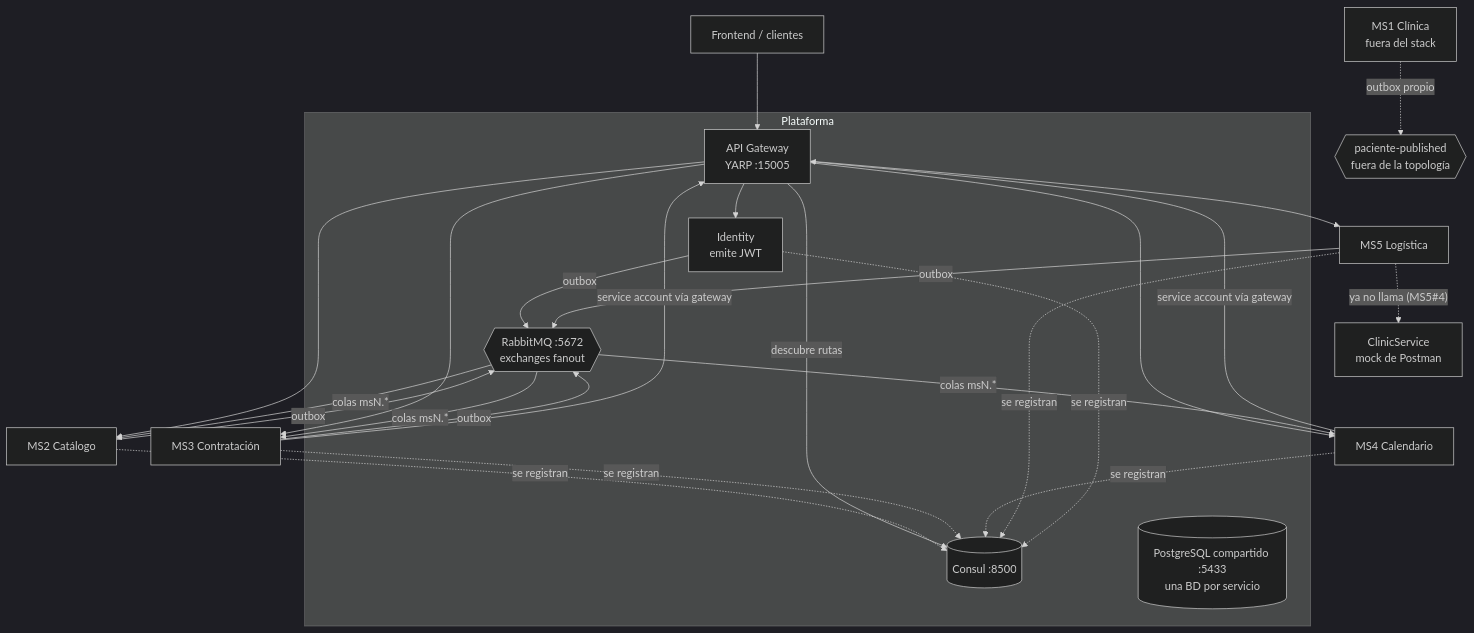
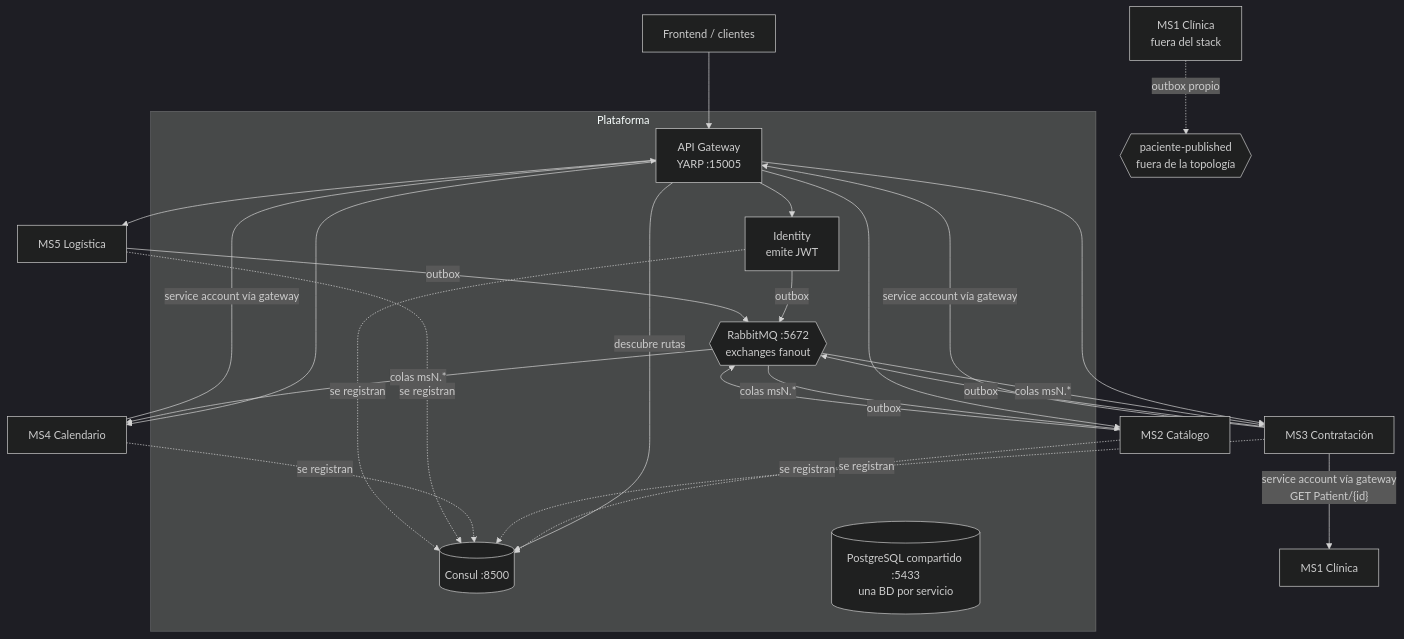
One commit to Nur-tricenter/knowledge changed the diagram in platform/architecture.md. Above: the diagram before and after it, drawn with Mermaid (dark theme). The commit also changed 30 other files, not shown here.

````diff
--- a/platform/architecture.md
+++ b/platform/architecture.md
@@ -3,29 +3,29 @@
 ```mermaid
 flowchart TB
   FE[Frontend / clientes] --> GW
   subgraph Plataforma
     GW[API Gateway<br/>YARP :15005]
     CS[(Consul :8500)]
     ID[Identity<br/>emite JWT]
     MQ{{RabbitMQ :5672<br/>exchanges fanout}}
     PG[(PostgreSQL compartido :5433<br/>una BD por servicio)]
   end
   GW -- descubre rutas --> CS
   GW --> ID
   GW --> MS2[MS2 Catálogo]
   GW --> MS3[MS3 Contratación]
   GW --> MS4[MS4 Calendario]
   GW --> MS5[MS5 Logística]
   MS2 & MS3 & MS4 & MS5 & ID -. se registran .-> CS
   MS2 -- outbox --> MQ
   ID -- outbox --> MQ
   MS3 -- outbox --> MQ
   MS5 -- outbox --> MQ
   MQ -- colas msN.* --> MS2
   MQ -- colas msN.* --> MS3
   MQ -- colas msN.* --> MS4
   MS3 -- service account vía gateway --> GW
   MS4 -- service account vía gateway --> GW
-  MS5 -. "ya no llama (MS5#4)" .-> MOCK[ClinicService<br/>mock de Postman]
+  MS3 -- "service account vía gateway<br/>GET Patient/{id}" --> MS1c[MS1 Clínica]
   MS1[MS1 Clínica<br/>fuera del stack] -. outbox propio .-> MQ1{{paciente-published<br/>fuera de la topología}}
 ```
````
